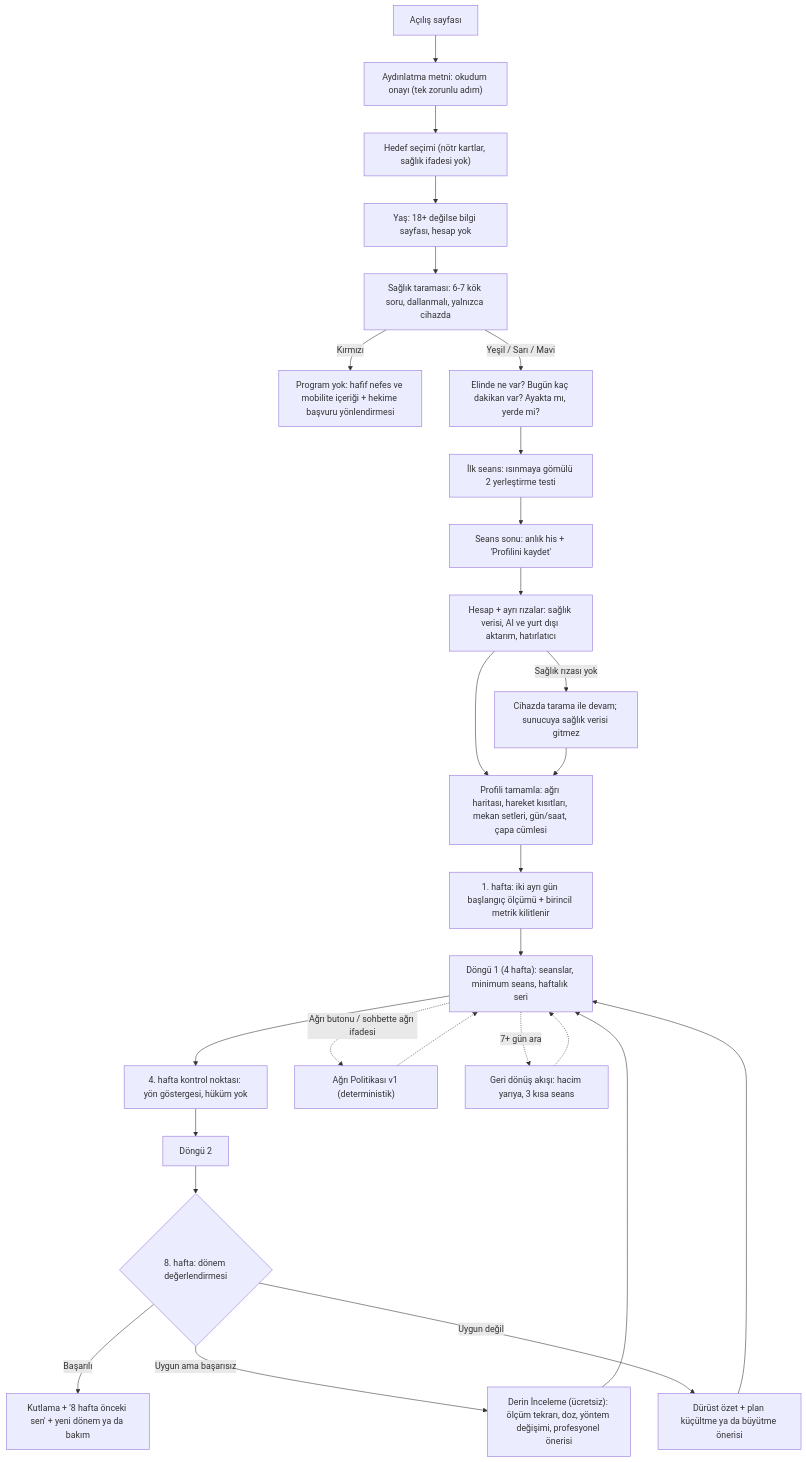
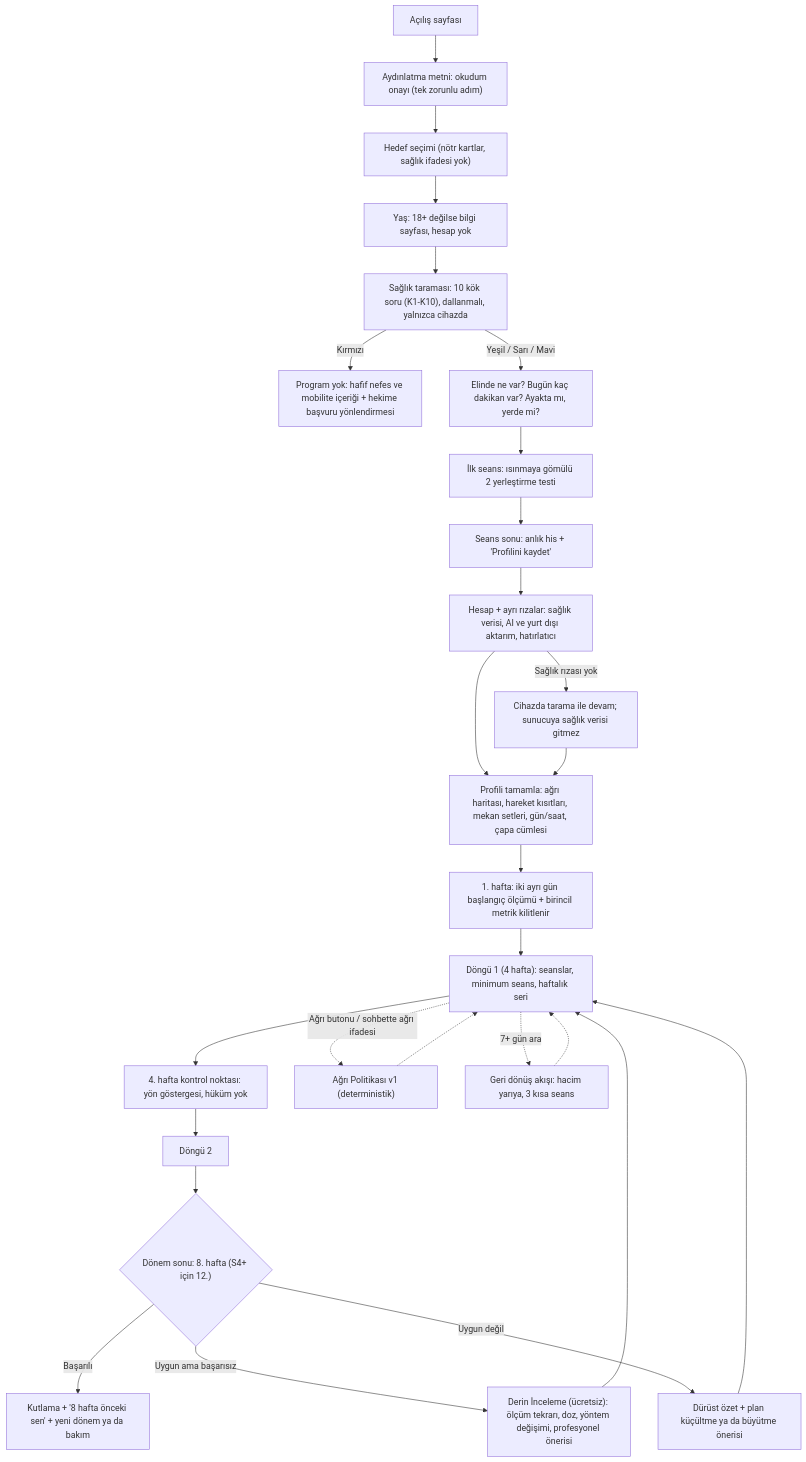
The diagram in docs/PLAN.md (erdoganemrullah22-byte/Kazanesneklik), drawn with Mermaid before and after one commit. The commit also changed other lines of this file, not shown here.

````diff
--- a/docs/PLAN.md
+++ b/docs/PLAN.md
@@ -119,29 +120,29 @@
 ```mermaid
 flowchart TD
   A["Açılış sayfası"] --> B["Aydınlatma metni: okudum onayı (tek zorunlu adım)"]
   B --> C["Hedef seçimi (nötr kartlar, sağlık ifadesi yok)"]
   C --> D["Yaş: 18+ değilse bilgi sayfası, hesap yok"]
-  D --> E["Sağlık taraması: 6-7 kök soru, dallanmalı, yalnızca cihazda"]
+  D --> E["Sağlık taraması: 10 kök soru (K1-K10), dallanmalı, yalnızca cihazda"]
   E -->|"Kırmızı"| R1["Program yok: hafif nefes ve mobilite içeriği + hekime başvuru yönlendirmesi"]
   E -->|"Yeşil / Sarı / Mavi"| F["Elinde ne var? Bugün kaç dakikan var? Ayakta mı, yerde mi?"]
   F --> G["İlk seans: ısınmaya gömülü 2 yerleştirme testi"]
   G --> H["Seans sonu: anlık his + 'Profilini kaydet'"]
   H --> I["Hesap + ayrı rızalar: sağlık verisi, AI ve yurt dışı aktarım, hatırlatıcı"]
   I -->|"Sağlık rızası yok"| I2["Cihazda tarama ile devam; sunucuya sağlık verisi gitmez"]
   I --> J["Profili tamamla: ağrı haritası, hareket kısıtları, mekan setleri, gün/saat, çapa cümlesi"]
   I2 --> J
   J --> K["1. hafta: iki ayrı gün başlangıç ölçümü + birincil metrik kilitlenir"]
   K --> L["Döngü 1 (4 hafta): seanslar, minimum seans, haftalık seri"]
   L --> M["4. hafta kontrol noktası: yön göstergesi, hüküm yok"]
   M --> N["Döngü 2"]
-  N --> O{"8. hafta: dönem değerlendirmesi"}
+  N --> O{"Dönem sonu: 8. hafta (S4+ için 12.)"}
   O -->|"Başarılı"| P["Kutlama + '8 hafta önceki sen' + yeni dönem ya da bakım"]
   O -->|"Uygun ama başarısız"| Q["Derin İnceleme (ücretsiz): ölçüm tekrarı, doz, yöntem değişimi, profesyonel önerisi"]
   O -->|"Uygun değil"| S["Dürüst özet + plan küçültme ya da büyütme önerisi"]
   Q --> L
   S --> L
   L -.->|"Ağrı butonu / sohbette ağrı ifadesi"| X["Ağrı Politikası v1 (deterministik)"]
   L -.->|"7+ gün ara"| Y["Geri dönüş akışı: hacim yarıya, 3 kısa seans"]
   X -.-> L
   Y -.-> L
 ```
````
